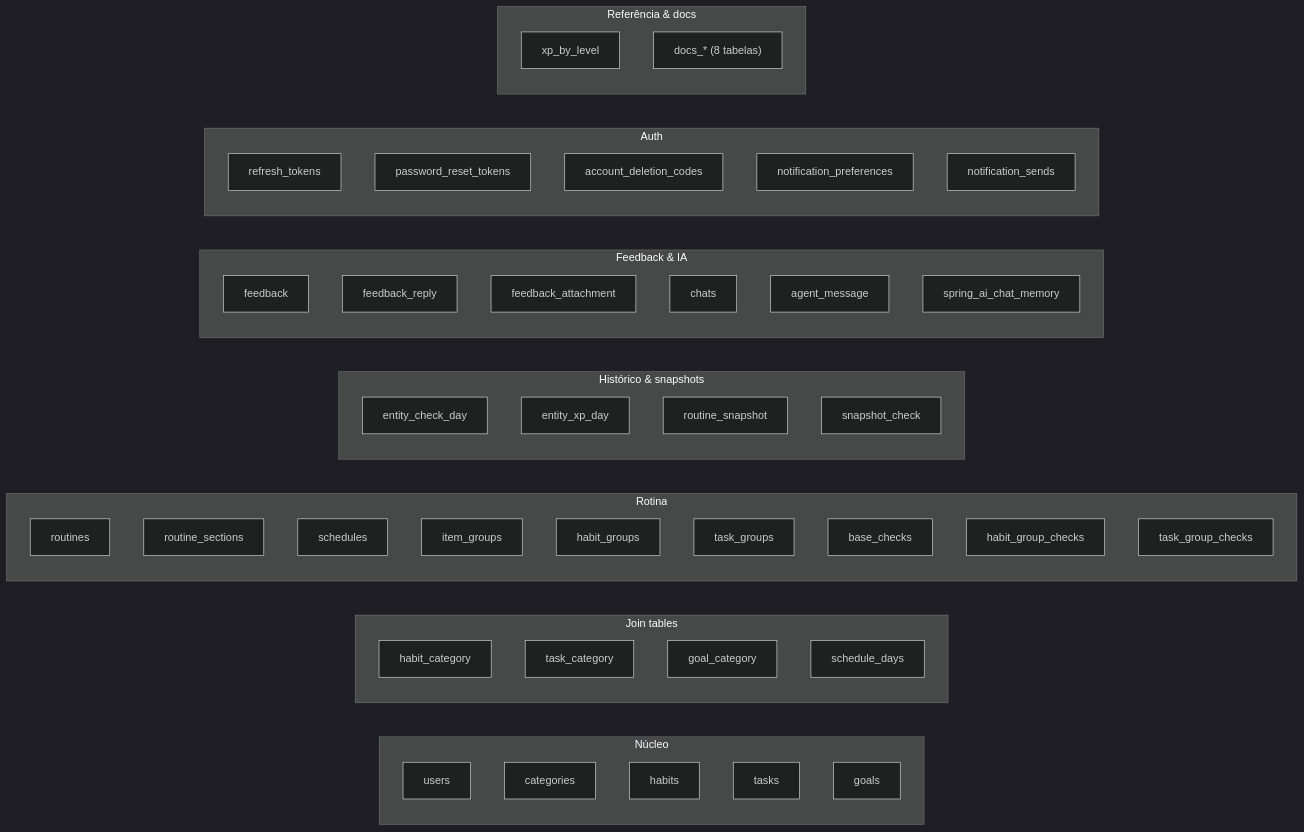
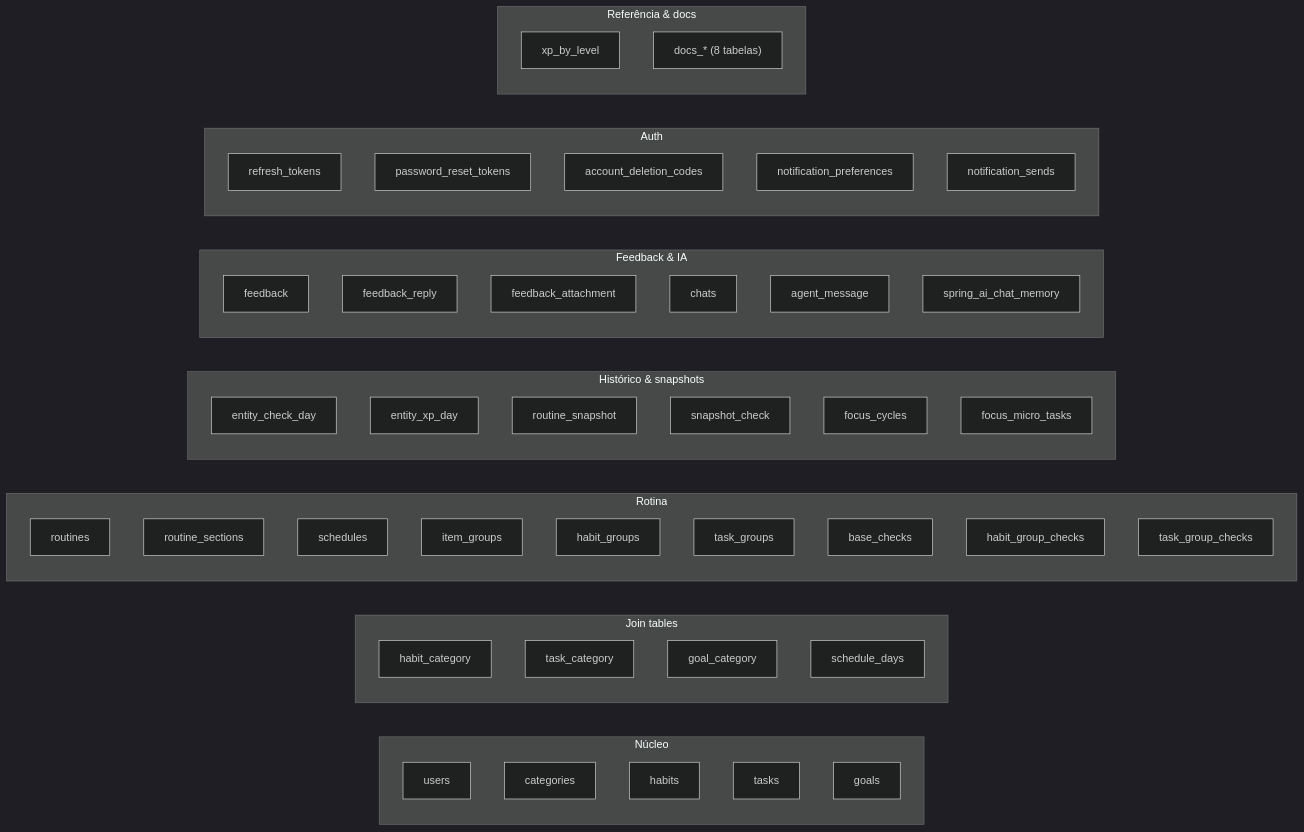
One commit to AndDev741/Beyou-arch-design changed the fifth of 5 diagrams in architecture/domain-model/pt.md. Above: the diagram before and after it, drawn with Mermaid (dark theme). The commit also changed other lines of this file and 7 other files, not shown here.

````diff
--- a/architecture/domain-model/pt.md
+++ b/architecture/domain-model/pt.md
@@ -379,58 +400,60 @@
 ```mermaid
 flowchart LR
   subgraph core["Núcleo"]
     users
     categories
     habits
     tasks
     goals
   end
 
   subgraph joins["Join tables"]
     habit_category
     task_category
     goal_category
     schedule_days
   end
 
   subgraph routine["Rotina"]
     routines
     routine_sections
     schedules
     item_groups
     habit_groups
     task_groups
     base_checks
     habit_group_checks
     task_group_checks
   end
 
   subgraph history["Histórico & snapshots"]
     entity_check_day
     entity_xp_day
     routine_snapshot
     snapshot_check
+    focus_cycles
+    focus_micro_tasks
   end
 
   subgraph support["Feedback & IA"]
     feedback
     feedback_reply
     feedback_attachment
     chats
     agent_message
     spring_ai_chat_memory
   end
 
   subgraph auth["Auth"]
     refresh_tokens
     password_reset_tokens
     account_deletion_codes
     notification_preferences
     notification_sends
   end
 
   subgraph system["Referência & docs"]
     xp_by_level
     docs_tables["docs_* (8 tabelas)"]
   end
 ```
````
